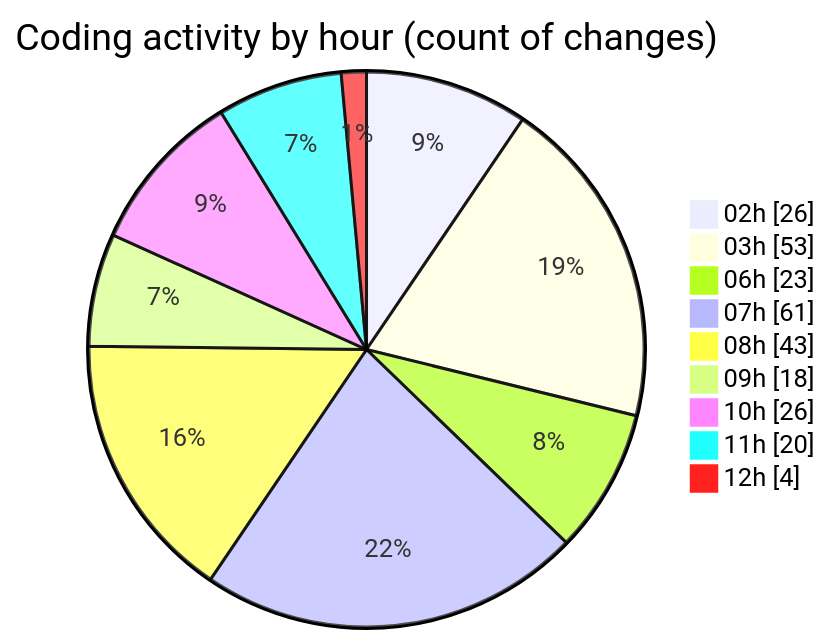
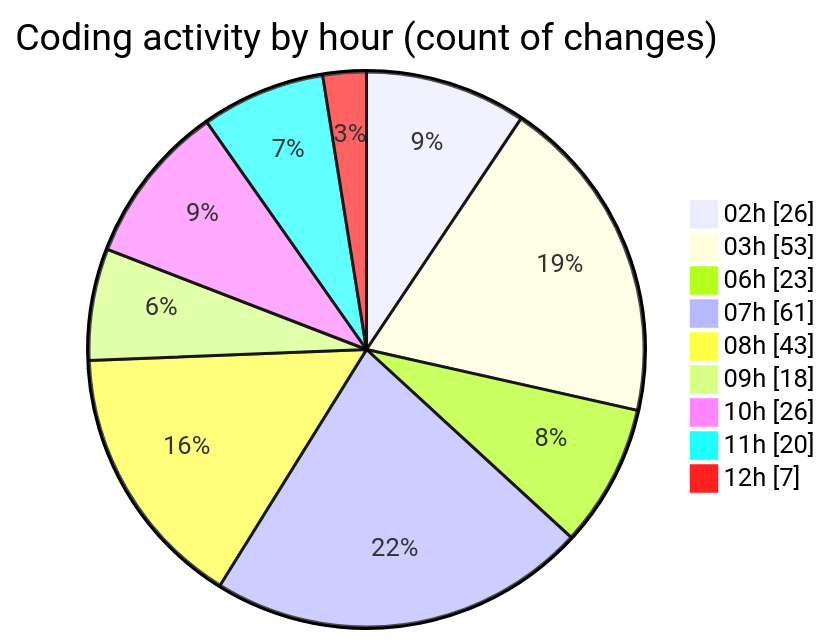
Before and after one commit to charlie-sans/code-tracking: the second of 2 diagrams in 2025-02-22/micros/README.md, drawn with Mermaid. The commit also changed other lines of this file and 1 other file, not shown here.

````diff
--- a/2025-02-22/micros/README.md
+++ b/2025-02-22/micros/README.md
@@ -78,13 +78,13 @@
 ```mermaid
 pie showData
 title Coding activity by hour (count of changes)
 "02h" : 26
 "03h" : 53
 "06h" : 23
 "07h" : 61
 "08h" : 43
 "09h" : 18
 "10h" : 26
 "11h" : 20
-"12h" : 4
+"12h" : 7
 ```
````
